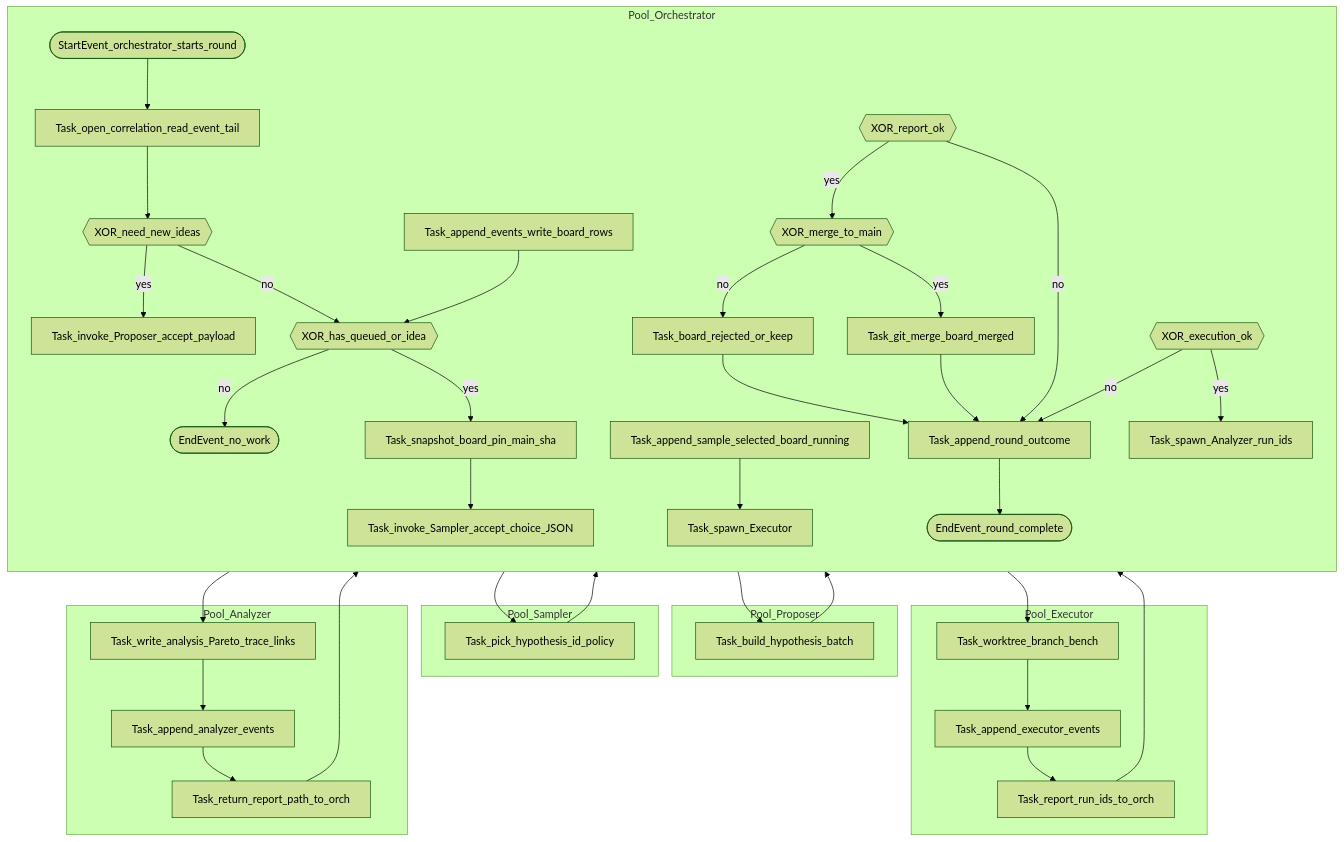
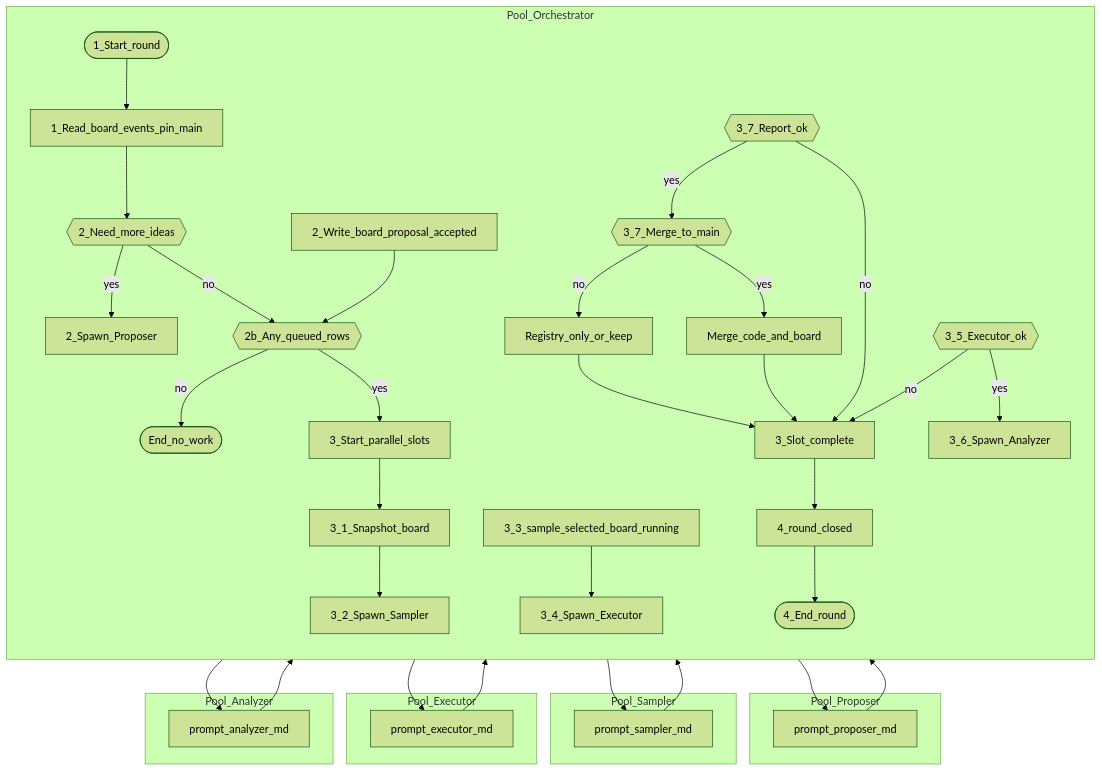
One commit to feodal01/evolving-agent-harness changed the diagram in docs/meta/prompt-orchestrator.md. Above: the diagram before and after it, drawn with Mermaid (forest theme). The commit also changed other lines of this file and 51 other files, not shown here.

````diff
--- a/docs/meta/prompt-orchestrator.md
+++ b/docs/meta/prompt-orchestrator.md
@@ -22,55 +99,52 @@
 ```mermaid
 flowchart TB
   subgraph orchPool[Pool_Orchestrator]
     direction TB
-    startRound([StartEvent_orchestrator_starts_round])
-    tInit[Task_open_correlation_read_event_tail]
-    gwNeedProposer{{XOR_need_new_ideas}}
-    tCallProposer[Task_invoke_Proposer_accept_payload]
-    tWriteIdeas[Task_append_events_write_board_rows]
-    gwHasQueued{{XOR_has_queued_or_idea}}
-    tEndNoWork([EndEvent_no_work])
-    tSnapshot[Task_snapshot_board_pin_main_sha]
-    tCallSampler[Task_invoke_Sampler_accept_choice_JSON]
-    tRecordSample[Task_append_sample_selected_board_running]
-    tSpawnExec[Task_spawn_Executor]
-    tWaitExec{{XOR_execution_ok}}
-    tSpawnAnal[Task_spawn_Analyzer_run_ids]
-    tWaitAnal{{XOR_report_ok}}
-    tMergeDecision{{XOR_merge_to_main}}
-    tMerge[Task_git_merge_board_merged]
-    tReject[Task_board_rejected_or_keep]
-    tAppendFinal[Task_append_round_outcome]
-    endRound([EndEvent_round_complete])
+    startRound([1_Start_round])
+    tInit[1_Read_board_events_pin_main]
+    gwNeedProposer{{2_Need_more_ideas}}
+    tCallProposer[2_Spawn_Proposer]
+    tWriteIdeas[2_Write_board_proposal_accepted]
+    gwHasQueued{{2b_Any_queued_rows}}
+    tEndNoWork([End_no_work])
+    tParallelStart[3_Start_parallel_slots]
+    tSnapshot[3_1_Snapshot_board]
+    tCallSampler[3_2_Spawn_Sampler]
+    tRecordSample[3_3_sample_selected_board_running]
+    tSpawnExec[3_4_Spawn_Executor]
+    tWaitExec{{3_5_Executor_ok}}
+    tSpawnAnal[3_6_Spawn_Analyzer]
+    tWaitAnal{{3_7_Report_ok}}
+    tMergeDecision{{3_7_Merge_to_main}}
+    tMerge[Merge_code_and_board]
+    tReject[Registry_only_or_keep]
+    tSlotDone[3_Slot_complete]
+    tAppendFinal[4_round_closed]
+    endRound([4_End_round])
   end
   subgraph propPool[Pool_Proposer]
-    pWork[Task_build_hypothesis_batch]
+    pWork[prompt_proposer_md]
   end
   subgraph sampPool[Pool_Sampler]
-    sWork[Task_pick_hypothesis_id_policy]
+    sWork[prompt_sampler_md]
   end
   subgraph execPool[Pool_Executor]
-    eBench[Task_worktree_branch_bench]
-    eEvents[Task_append_executor_events]
-    eReport[Task_report_run_ids_to_orch]
+    eWork[prompt_executor_md]
   end
   subgraph analPool[Pool_Analyzer]
-    aReport[Task_write_analysis_Pareto_trace_links]
-    aEvents[Task_append_analyzer_events]
-    aHandoff[Task_return_report_path_to_orch]
+    aWork[prompt_analyzer_md]
   end
   startRound --> tInit --> gwNeedProposer
-  gwNeedProposer -->|yes| tCallProposer --> pWork
-  pWork --> tWriteIdeas --> gwHasQueued
+  gwNeedProposer -->|yes| tCallProposer --> pWork --> tWriteIdeas --> gwHasQueued
   gwNeedProposer -->|no| gwHasQueued
   gwHasQueued -->|no| tEndNoWork
-  gwHasQueued -->|yes| tSnapshot --> tCallSampler --> sWork
-  sWork --> tRecordSample --> tSpawnExec --> eBench --> eEvents --> eReport --> tWaitExec
-  tWaitExec -->|no| tAppendFinal
-  tWaitExec -->|yes| tSpawnAnal --> aReport --> aEvents --> aHandoff --> tWaitAnal
-  tWaitAnal -->|no| tAppendFinal
+  gwHasQueued -->|yes| tParallelStart --> tSnapshot --> tCallSampler --> sWork
+  sWork --> tRecordSample --> tSpawnExec --> eWork --> tWaitExec
+  tWaitExec -->|no| tSlotDone
+  tWaitExec -->|yes| tSpawnAnal --> aWork --> tWaitAnal
+  tWaitAnal -->|no| tSlotDone
   tWaitAnal -->|yes| tMergeDecision
-  tMergeDecision -->|yes| tMerge --> tAppendFinal
-  tMergeDecision -->|no| tReject --> tAppendFinal
-  tAppendFinal --> endRound
+  tMergeDecision -->|yes| tMerge --> tSlotDone
+  tMergeDecision -->|no| tReject --> tSlotDone
+  tSlotDone --> tAppendFinal --> endRound
 ```
````
